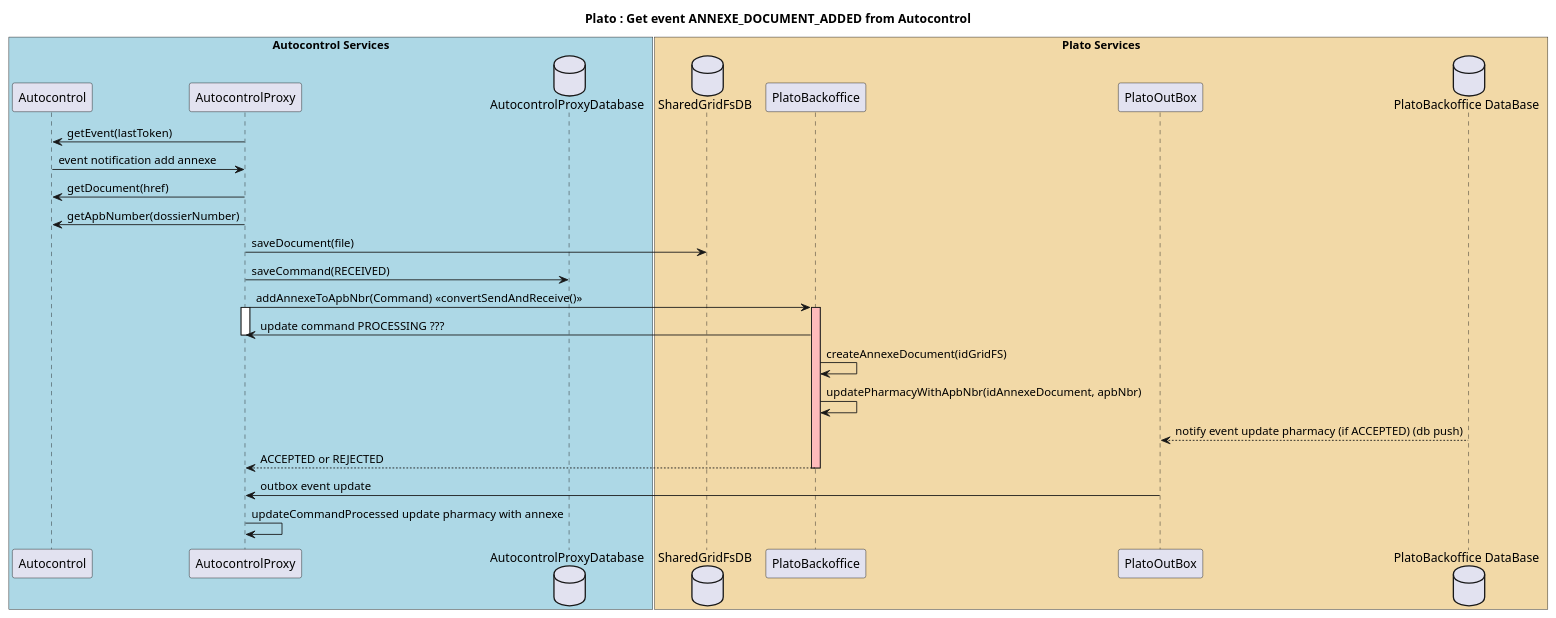
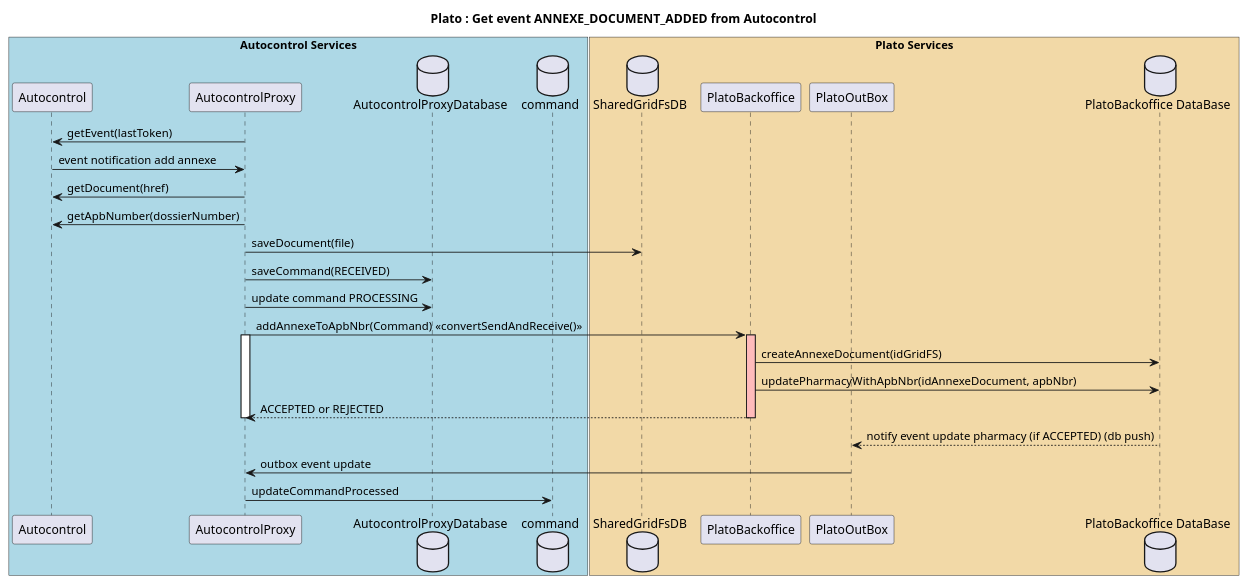
The diagram in src/docs/asciidoc/architecture/plantuml/annexe_autocontrolToPlato.puml (jv-it-io/archi-documentation), drawn with PlantUML before and after one commit. The commit also changed 13 other files, not shown here.

Commit message:
Update diagram plato

```diff
--- a/src/docs/asciidoc/architecture/plantuml/annexe_autocontrolToPlato.puml
+++ b/src/docs/asciidoc/architecture/plantuml/annexe_autocontrolToPlato.puml
@@ -1,45 +1,45 @@
 @startuml
 title Plato : Get event ANNEXE_DOCUMENT_ADDED from Autocontrol
 
 box "Autocontrol Services" #LightBlue
 participant Autocontrol
 participant AutocontrolProxy
 database AutocontrolProxyDatabase
+database command
 end box
 
 box "Plato Services" #f2d9a7
 database SharedGridFsDB
 participant PlatoBackoffice
 participant PlatoOutBox
 database "PlatoBackoffice DataBase"
 end box
 Autocontrol <- AutocontrolProxy: getEvent(lastToken)
 Autocontrol -> AutocontrolProxy: event notification add annexe
 Autocontrol <- AutocontrolProxy: getDocument(href)
 Autocontrol <- AutocontrolProxy: getApbNumber(dossierNumber)
 AutocontrolProxy -> SharedGridFsDB: saveDocument(file)
 AutocontrolProxy -> AutocontrolProxyDatabase: saveCommand(RECEIVED)
 
+AutocontrolProxy -> AutocontrolProxyDatabase: update command PROCESSING
+AutocontrolProxy -> PlatoBackoffice: addAnnexeToApbNbr(Command) <<convertSendAndReceive()>>
 
-AutocontrolProxy -> PlatoBackoffice: addAnnexeToApbNbr(Command) <<convertSendAndReceive()>>
+
 activate AutocontrolProxy
     activate PlatoBackoffice #FFBBBB
-    PlatoBackoffice -> AutocontrolProxy: update command PROCESSING ???
 
-deactivate AutocontrolProxy
-
-
-    PlatoBackoffice -> PlatoBackoffice: createAnnexeDocument(idGridFS)
-    PlatoBackoffice -> PlatoBackoffice: updatePharmacyWithApbNbr(idAnnexeDocument, apbNbr)
-    PlatoOutBox <-- "PlatoBackoffice DataBase" : notify event update pharmacy (if ACCEPTED) (db push)
+    PlatoBackoffice -> "PlatoBackoffice DataBase": createAnnexeDocument(idGridFS)
+    PlatoBackoffice -> "PlatoBackoffice DataBase": updatePharmacyWithApbNbr(idAnnexeDocument, apbNbr)
     return ACCEPTED or REJECTED
     deactivate PlatoBackoffice
+deactivate AutocontrolProxy
+    PlatoOutBox <-- "PlatoBackoffice DataBase" : notify event update pharmacy (if ACCEPTED) (db push)
 
 PlatoOutBox -> AutocontrolProxy: outbox event update
 
-AutocontrolProxy -> AutocontrolProxy : updateCommandProcessed update pharmacy with annexe
+AutocontrolProxy -> command : updateCommandProcessed
 
 
 
 
 @enduml
```
